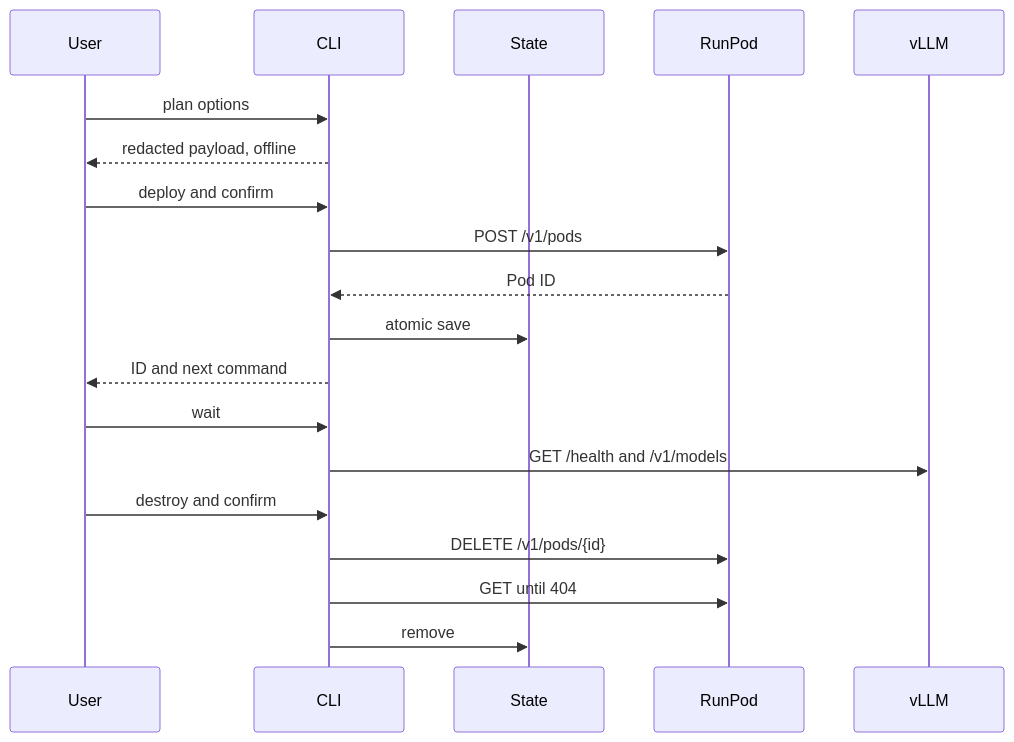
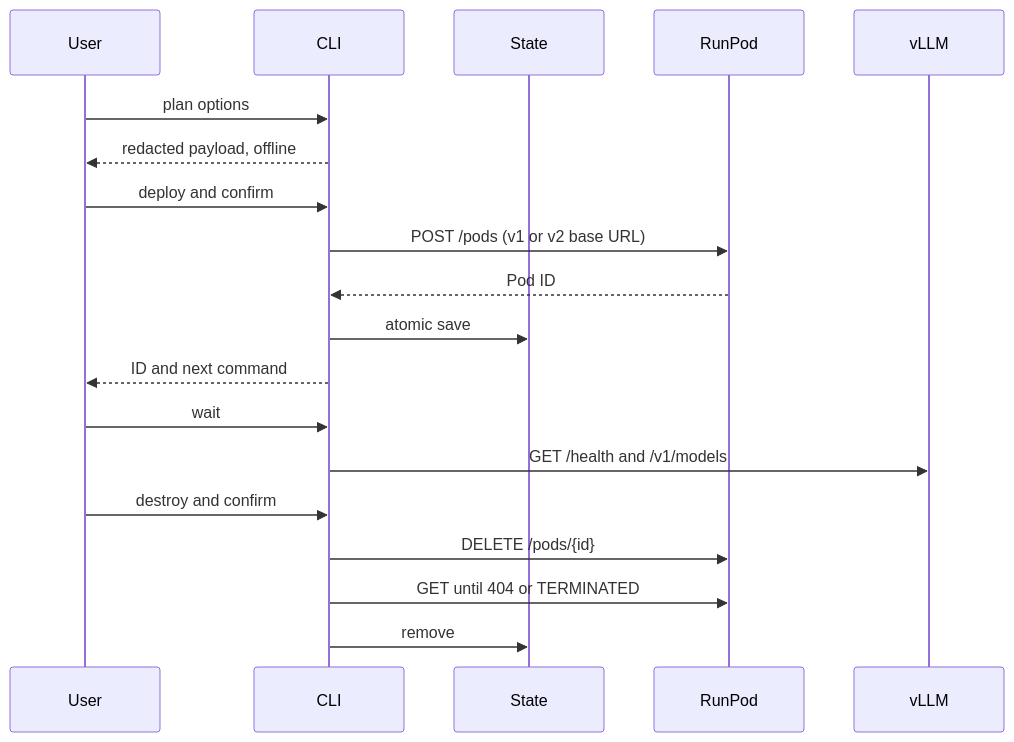
The diagram in docs/architecture.md (1solomonwakhungu/runpod-vllm-deployer), drawn with Mermaid before and after one commit. The commit also changed other lines of this file and 17 other files, not shown here.

First line of the commit message:
feat: handle RunPod 429 rate limits and support REST API v2 with auto-switch (#6)

````diff
--- a/docs/architecture.md
+++ b/docs/architecture.md
@@ -19,22 +19,22 @@
 ```mermaid
 sequenceDiagram
     participant User
     participant CLI
     participant State
     participant RunPod
     participant vLLM
 
     User->>CLI: plan options
     CLI-->>User: redacted payload, offline
     User->>CLI: deploy and confirm
-    CLI->>RunPod: POST /v1/pods
+    CLI->>RunPod: POST /pods (v1 or v2 base URL)
     RunPod-->>CLI: Pod ID
     CLI->>State: atomic save
     CLI-->>User: ID and next command
     User->>CLI: wait
     CLI->>vLLM: GET /health and /v1/models
     User->>CLI: destroy and confirm
-    CLI->>RunPod: DELETE /v1/pods/{id}
-    CLI->>RunPod: GET until 404
+    CLI->>RunPod: DELETE /pods/{id}
+    CLI->>RunPod: GET until 404 or TERMINATED
     CLI->>State: remove
 ```
````
